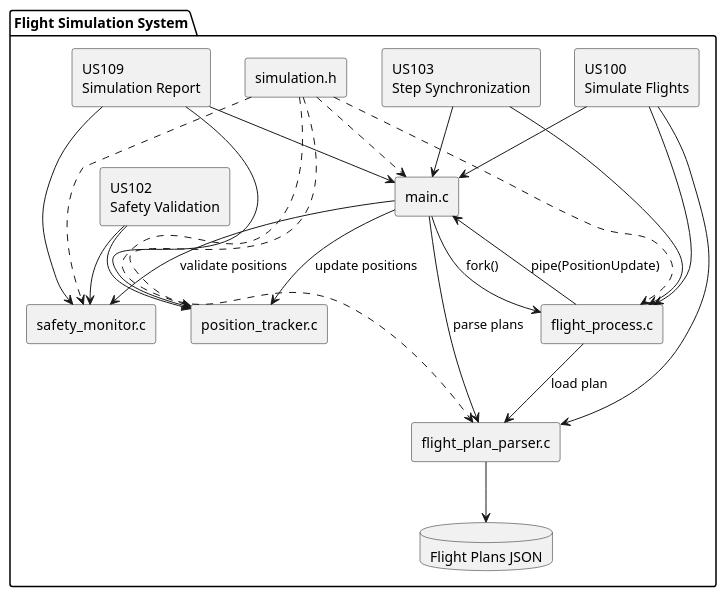
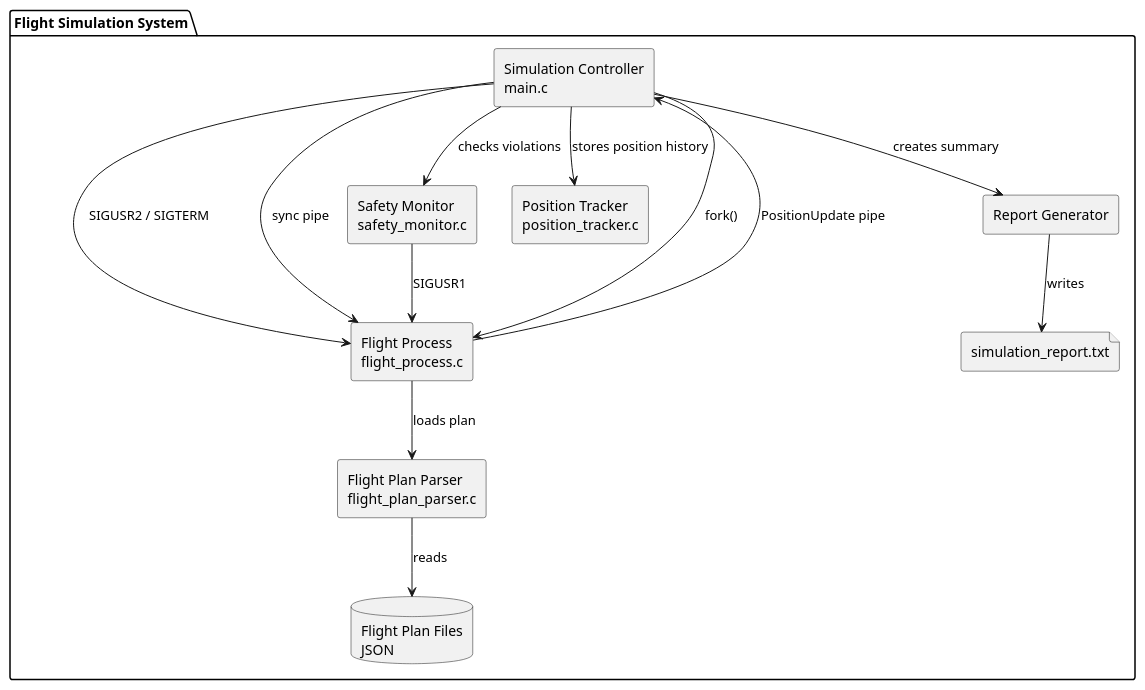
Before and after one commit to goncalolopesp/sem4pi2526-sem4pi2526_2di5: the diagram in scomp/docs/README.md, drawn with PlantUML. The commit also changed other lines of this file and 7 other files, not shown here.

`````diff
--- a/scomp/docs/README.md
+++ b/scomp/docs/README.md
@@ -353,53 +559,34 @@
 ```puml
 @startuml
 
 skinparam componentStyle rectangle
 
 package "Flight Simulation System" {
 
-    [main.c] as Main
-    [flight_process.c] as FlightProcess
-    [flight_plan_parser.c] as Parser
-    [position_tracker.c] as Tracker
-    [safety_monitor.c] as Safety
-    [simulation.h] as Simulation
+    [Simulation Controller\nmain.c] as Main
+    [Flight Process\nflight_process.c] as FlightProcess
+    [Flight Plan Parser\nflight_plan_parser.c] as Parser
+    [Position Tracker\nposition_tracker.c] as Tracker
+    [Safety Monitor\nsafety_monitor.c] as Safety
+    [Report Generator] as Report
 
-    database "Flight Plans JSON" as Json
-
-    component "US100\nSimulate Flights" as US100
-    component "US102\nSafety Validation" as US102
-    component "US103\nStep Synchronization" as US103
-    component "US109\nSimulation Report" as US109
+    database "Flight Plan Files\nJSON" as Json
+    file "simulation_report.txt" as ReportFile
 }
 
 Main --> FlightProcess : fork()
-Main --> Tracker : update positions
-Main --> Safety : validate positions
-Main --> Parser : parse plans
-Parser --> Json
+Main --> FlightProcess : SIGUSR2 / SIGTERM
+Main --> FlightProcess : sync pipe
+FlightProcess --> Main : PositionUpdate pipe
 
-FlightProcess --> Parser : load plan
-FlightProcess --> Main : pipe(PositionUpdate)
+FlightProcess --> Parser : loads plan
+Parser --> Json : reads
 
-US100 --> Main
-US100 --> FlightProcess
-US100 --> Parser
-
-US102 --> Safety
-US102 --> Tracker
-
-US103 --> Main
-US103 --> FlightProcess
-
-US109 --> Tracker
-US109 --> Safety
-US109 --> Main
-
-Simulation ..> Main
-Simulation ..> FlightProcess
-Simulation ..> Tracker
-Simulation ..> Safety
-Simulation ..> Parser
+Main --> Tracker : stores position history
+Main --> Safety : checks violations
+Safety --> FlightProcess : SIGUSR1
+Main --> Report : creates summary
+Report --> ReportFile : writes
 
 @enduml
-````
+```
`````
